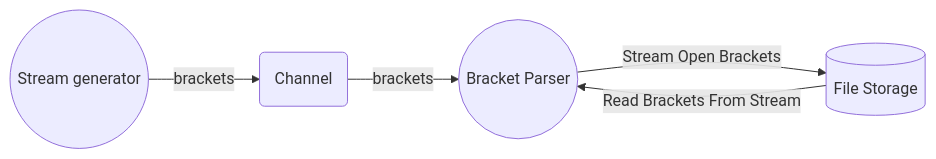
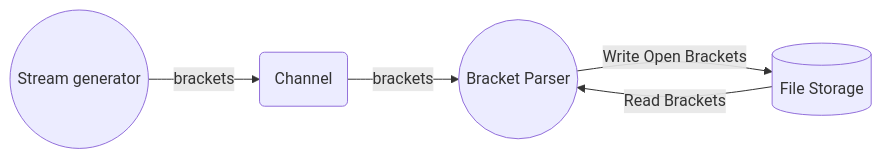
One commit to philip-3000/valid-bracket-stream-processor changed the diagram in readme.md. Above: the diagram before and after it, drawn with Mermaid. The commit also changed other lines of this file, not shown here.

````diff
--- a/readme.md
+++ b/readme.md
@@ -24,7 +24,7 @@
 ```mermaid
 graph LR
     A((Stream generator)) -- brackets--> B(Channel)
     B -- brackets --> C((Bracket Parser))
-    C -- Stream Open Brackets --> D[(File Storage)]
-    D[(File Storage)] -- Read Brackets From Stream --> C
+    C -- Write Open Brackets --> D[(File Storage)]
+    D[(File Storage)] -- Read Brackets --> C
 ```
````
